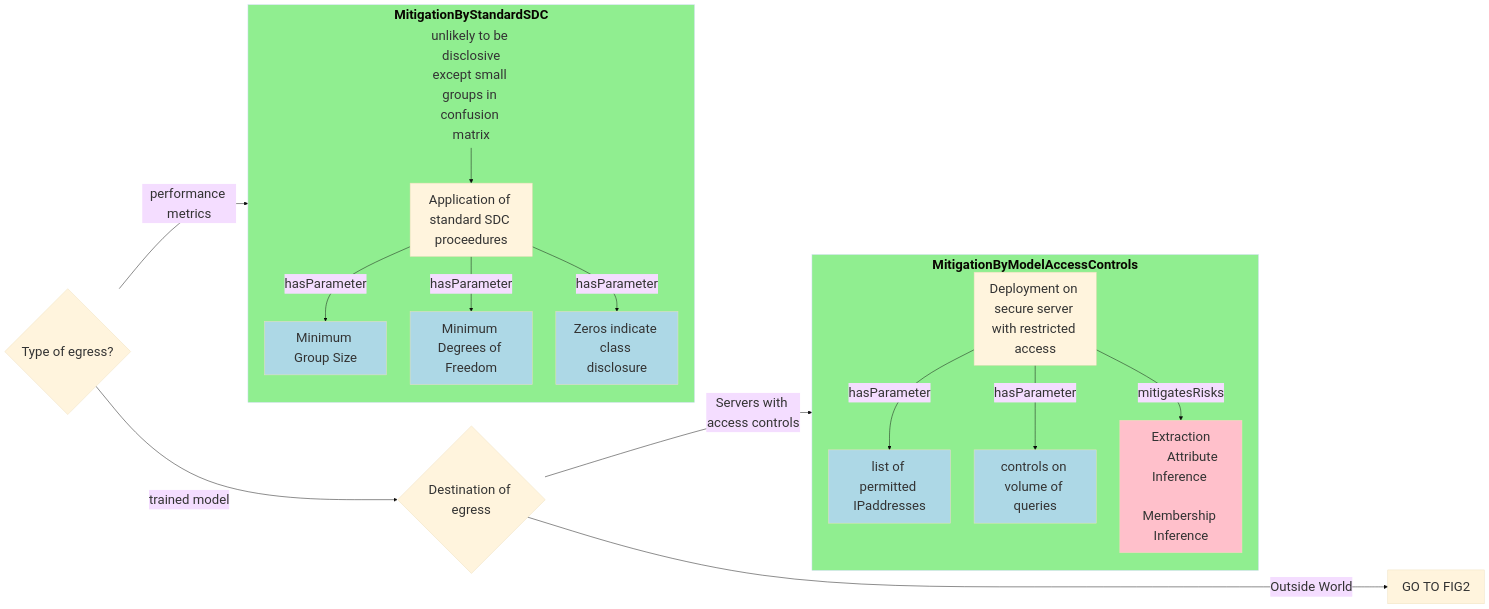
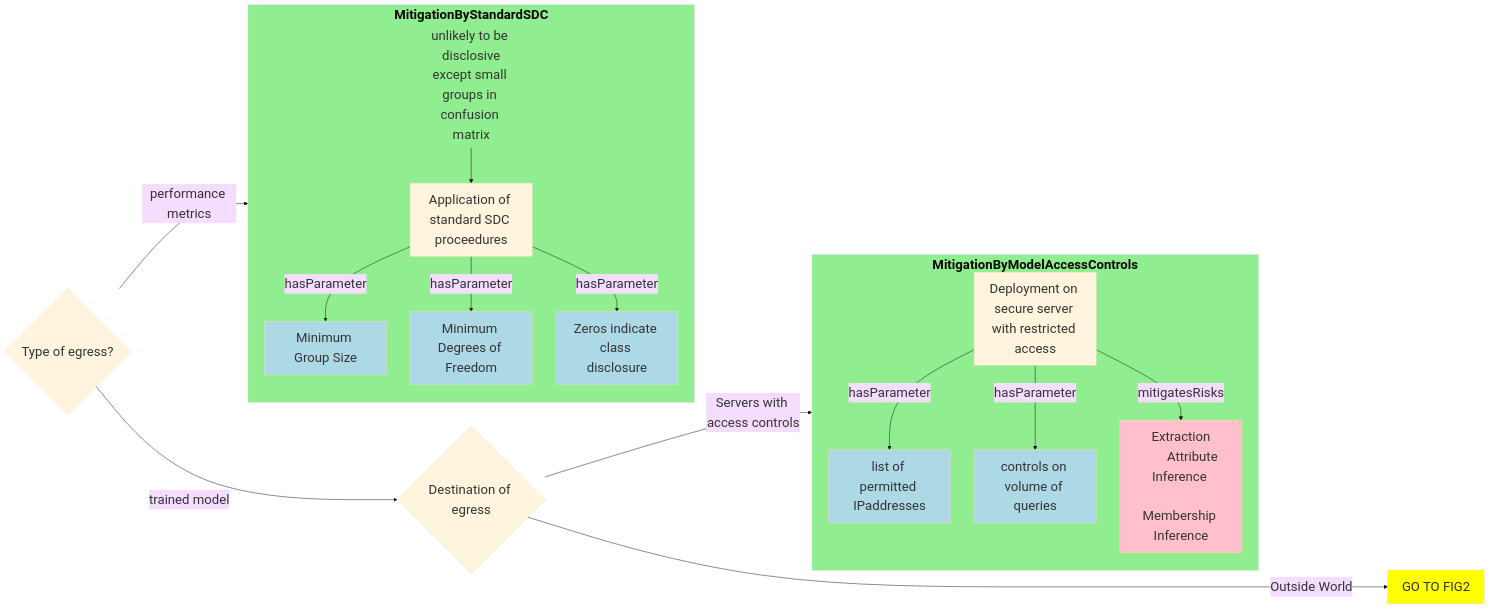
One commit to AI-SDC/SDC-Reboot changed the first of 4 diagrams in flowchartv2.md. Above: the diagram before and after it, drawn with Mermaid. The commit also changed other lines of this file, not shown here.

Commit message:
refactoring into 4 diagrams

````diff
--- a/flowchartv2.md
+++ b/flowchartv2.md
@@ -4,56 +4,57 @@
 ```mermaid
 ---
 config:
   theme: 'base'
   themeVariables:
     fontSize: 28px
 
 
 
 ---
 
 
 flowchart LR
 
 classDef invisible fill:none,stroke:0px,stroke-width:0px,width:0px,height:0px ;
 classDef riskStyle fill:lightpink ;
 classDef mitigationStyle fill:lightgreen ;
     
 classDef constant fill:lightblue,shape:stadium ;
 classDef sometext shape:text ;
 classDef roundedorange fill:orange, shape:rounded;
 classDef roundedred fill:red,shape: rounded;
 
 subgraph MitigationByModelAccessControls["`**MitigationByModelAccessControls**`"]
     ModelQueryServer[Deployment on secure server with restricted access ]   
     ModelQueryServer-->|hasParameter| whitelist[list of permitted IPaddresses]:::constant       
     ModelQueryServer-->|hasParameter| throttling[controls on volume of queries]:::constant
     ModelQueryServer-->|mitigatesRisks| mitigatesMAC[Extraction
         Attribute Inference 
         Membership Inference ]
    style mitigatesMAC fill:pink
 end
 style MitigationByModelAccessControls fill:lightgreen
 
 subgraph MitigationByStandardSDC["`**MitigationByStandardSDC**`"]
    StandardSDC[Application of standard SDC proceedures]
    StandardSDC -->|hasParameter| minthresh["Minimum Group Size"]:::constant
    StandardSDC -->|hasParameter| mindof["Minimum Degrees of Freedom"]:::constant
    StandardSDC -->|hasParameter| nozeros["Zeros indicate class disclosure"]:::constant
    AccComment1@{ shape: text, label: "unlikely to be disclosive
    except small groups in confusion matrix" } --> StandardSDC
 end
 style MitigationByStandardSDC fill:lightgreen
 
 
 
 %% Here's the main block
 EgressType{Type of egress?} 
 EgressType -->|trained model| Destination{Destination of egress}
 EgressType -->|performance metrics| MitigationByStandardSDC
 
 %% Destination of egress
 Destination -->|Servers with access controls| MitigationByModelAccessControls
 Destination ---->|Outside World| OUTSIDEWORLD[GO TO FIG2]
+style OUTSIDEWORLD fill:yellow
 
 ```
````
